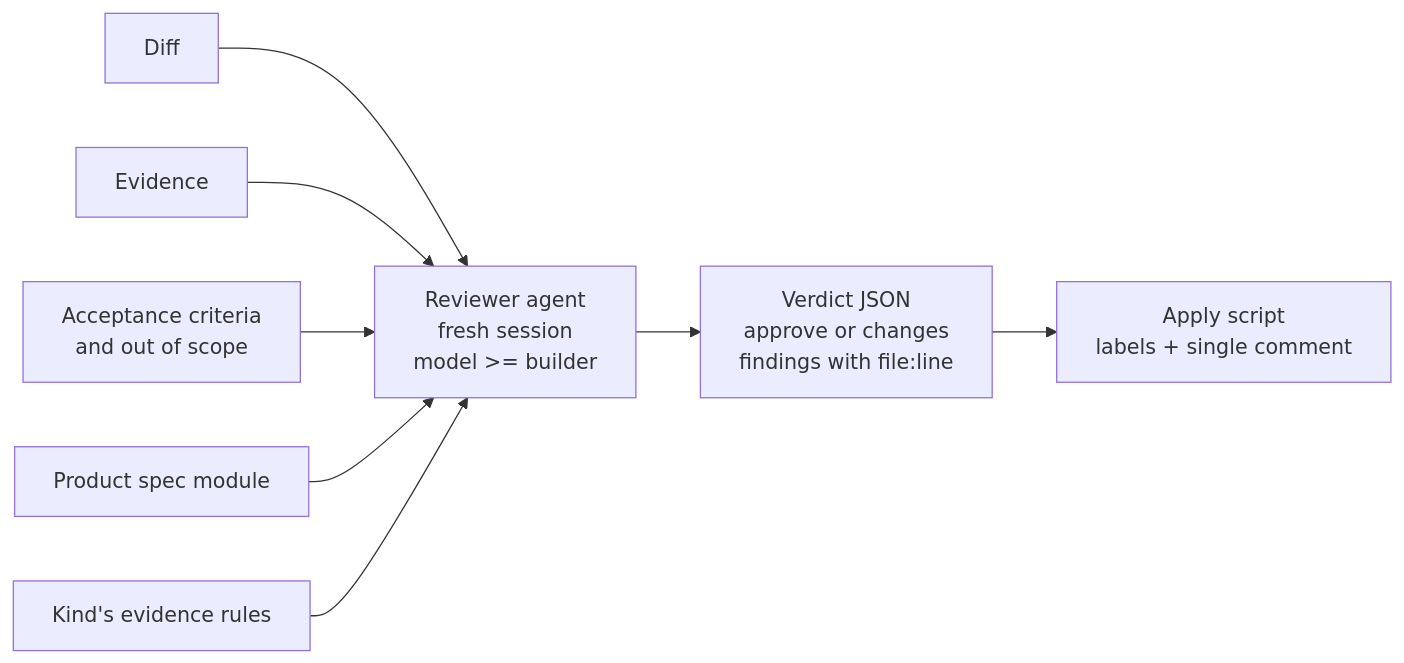
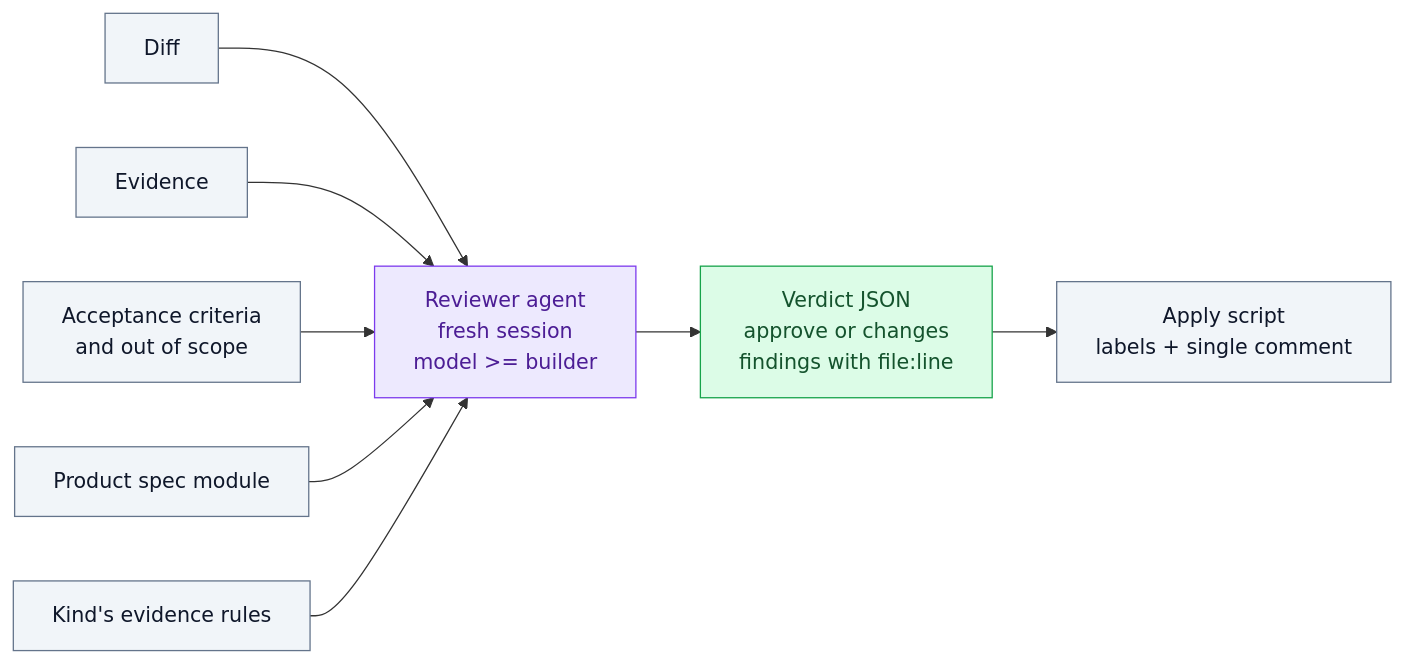
Before and after one commit to icelink-ai/software-factory-manifesto: the diagram in docs/05-verification/independent-reviewer.md, drawn with Mermaid. The commit also changed other lines of this file and 73 other files, not shown here.

````diff
--- a/docs/05-verification/independent-reviewer.md
+++ b/docs/05-verification/independent-reviewer.md
@@ -30,10 +38,15 @@
 ```mermaid
 flowchart LR
-    D[Diff] --> R
-    E[Evidence] --> R
-    C["Acceptance criteria<br/>and out of scope"] --> R
-    S[Product spec module] --> R
-    K["Kind's evidence rules"] --> R
-    R["Reviewer agent<br/>fresh session<br/>model >= builder"] --> V["Verdict JSON<br/>approve or changes<br/>findings with file:line"]
-    V --> A["Apply script<br/>labels + single comment"]
+    D["Diff"]:::script --> R
+    E["Evidence"]:::script --> R
+    C["Acceptance criteria<br/>and out of scope"]:::script --> R
+    S["Product spec module"]:::script --> R
+    K["Kind's evidence rules"]:::script --> R
+    R["Reviewer agent<br/>fresh session<br/>model >= builder"]:::agent --> V["Verdict JSON<br/>approve or changes<br/>findings with file:line"]:::state
+    V --> A["Apply script<br/>labels + single comment"]:::script
+    classDef person fill:#dbeafe,stroke:#2563eb,color:#1e3a8a
+    classDef script fill:#f1f5f9,stroke:#64748b,color:#0f172a
+    classDef agent fill:#ede9fe,stroke:#7c3aed,color:#4c1d95
+    classDef state fill:#dcfce7,stroke:#16a34a,color:#14532d
+    classDef stop fill:#ffedd5,stroke:#ea580c,color:#7c2d12
 ```
````
